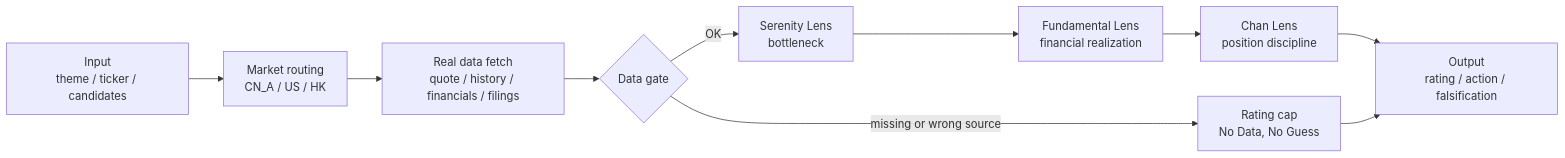
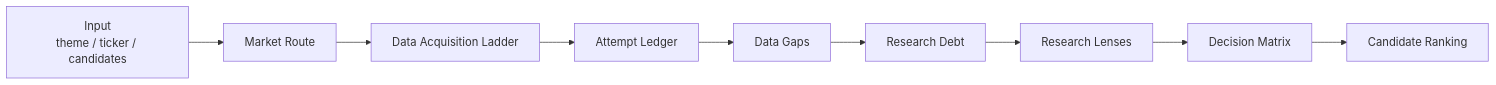
The second of 2 diagrams in README.md (lucisxu6-cpu/serenity-chan), drawn with Mermaid before and after one commit. The commit also changed other lines of this file and 29 other files, not shown here.

Commit message:
Upgrade data-first decision architecture

````diff
--- a/README.md
+++ b/README.md
@@ -242,12 +188,11 @@
 ```mermaid
 flowchart LR
-  A["Input<br/>theme / ticker / candidates"] --> B["Market routing<br/>CN_A / US / HK"]
-  B --> C["Real data fetch<br/>quote / history / financials / filings"]
-  C --> D{"Data gate"}
-  D -->|OK| E["Serenity Lens<br/>bottleneck"]
-  D -->|missing or wrong source| F["Rating cap<br/>No Data, No Guess"]
-  E --> G["Fundamental Lens<br/>financial realization"]
-  G --> H["Chan Lens<br/>position discipline"]
-  H --> I["Output<br/>rating / action / falsification"]
-  F --> I
+  A["Input<br/>theme / ticker / candidates"] --> B["Market Route"]
+  B --> C["Data Acquisition Ladder"]
+  C --> D["Attempt Ledger"]
+  D --> E["Data Gaps"]
+  E --> F["Research Debt"]
+  F --> G["Research Lenses"]
+  G --> H["Decision Matrix"]
+  H --> I["Candidate Ranking"]
 ```
````
